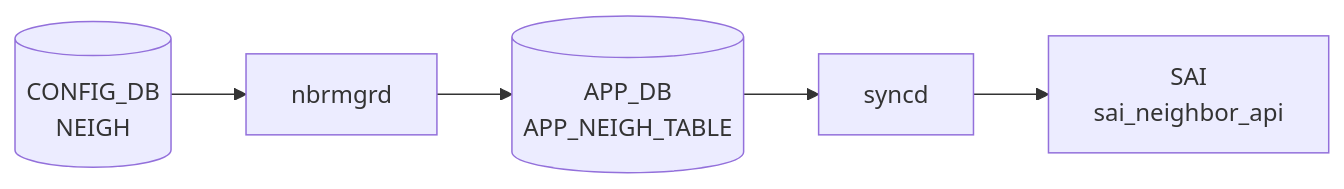
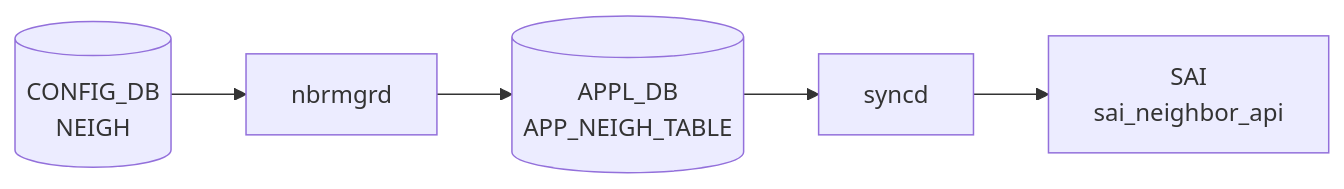
Before and after one commit to aoki-taquan/sonic-unofficial-docs: the diagram in docs/reference/config-db/neigh.md, drawn with Mermaid. The commit also changed 91 other files, not shown here.

First line of the commit message:
fix(review-067): APP_DB→APPL_DB in mermaid labels; exclude APPL_DB pages from auto-gen

````diff
--- a/docs/reference/config-db/neigh.md
+++ b/docs/reference/config-db/neigh.md
@@ -50,12 +50,12 @@
 ```mermaid
 flowchart LR
   CDB[("CONFIG_DB<br/>NEIGH")]
   DM["nbrmgrd"]
   CDB --> DM
-  APPDB[("APP_DB<br/>APP_NEIGH_TABLE")]
+  APPDB[("APPL_DB<br/>APP_NEIGH_TABLE")]
   DM --> APPDB
   SYNCD["syncd"]
   APPDB --> SYNCD
   SAI["SAI<br/>sai_neighbor_api"]
   SYNCD --> SAI
 ```
````
